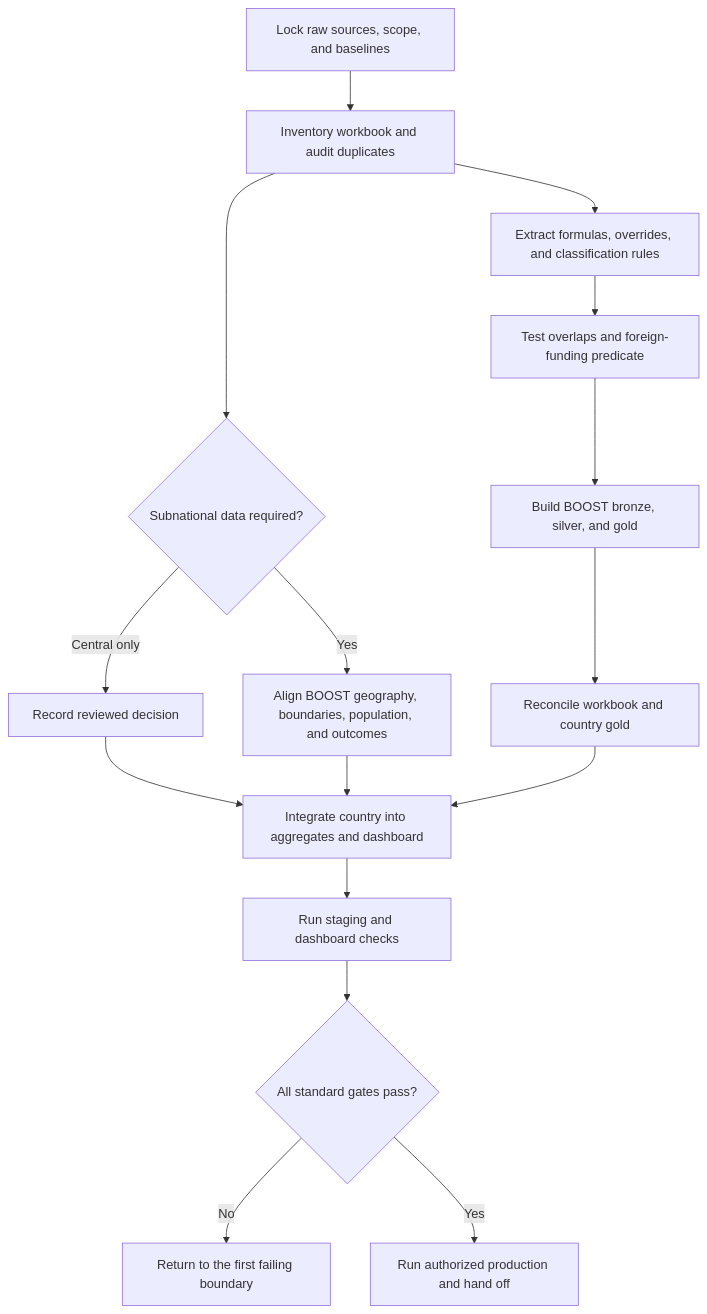
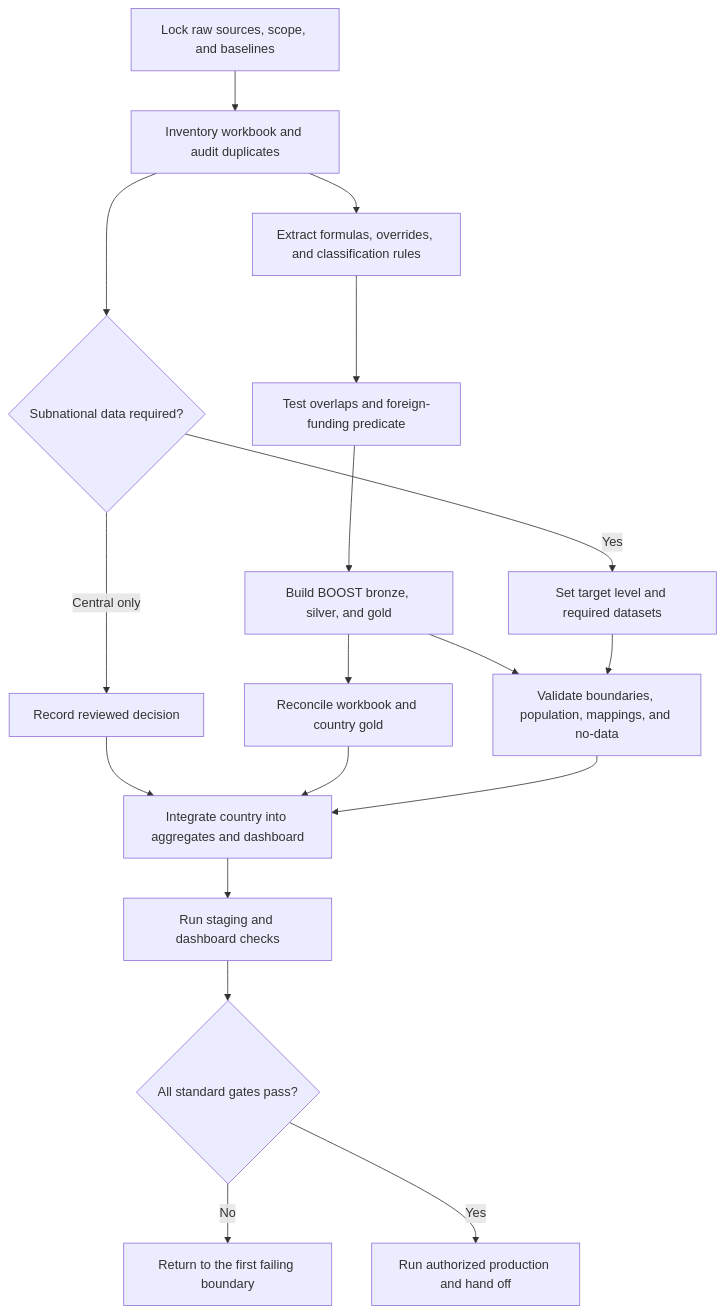
The diagram in skills/mega-country-onboarding/references/workflow.md (leviycool/mega-country-onboarding-skills), drawn with Mermaid before and after one commit. The commit also changed other lines of this file and 16 other files, not shown here.

Commit message:
Add schema-v5 onboarding gates (#3)

````diff
--- a/skills/mega-country-onboarding/references/workflow.md
+++ b/skills/mega-country-onboarding/references/workflow.md
@@ -5,18 +5,20 @@
 ```mermaid
 flowchart TD
     A["Lock raw sources, scope, and baselines"] --> B["Inventory workbook and audit duplicates"]
-    B --> C["Extract formulas, overrides, and classification rules"]
-    B --> D{"Subnational data required?"}
-    C --> E["Test overlaps and foreign-funding predicate"]
+    B --> C{"Subnational data required?"}
+    B --> D["Extract formulas, overrides, and classification rules"]
+    D --> E["Test overlaps and foreign-funding predicate"]
     E --> F["Build BOOST bronze, silver, and gold"]
-    D -->|"Central only"| G["Record reviewed decision"]
-    D -->|"Yes"| H["Align BOOST geography, boundaries, population, and outcomes"]
+    C -->|"Central only"| G["Record reviewed decision"]
+    C -->|"Yes"| H["Set target level and required datasets"]
     F --> I["Reconcile workbook and country gold"]
-    G --> J["Integrate country into aggregates and dashboard"]
+    F --> J["Validate boundaries, population, mappings, and no-data"]
     H --> J
-    I --> J
-    J --> K["Run staging and dashboard checks"]
-    K --> L{"All standard gates pass?"}
-    L -->|"No"| M["Return to the first failing boundary"]
-    L -->|"Yes"| N["Run authorized production and hand off"]
+    G --> K["Integrate country into aggregates and dashboard"]
+    I --> K
+    J --> K
+    K --> L["Run staging and dashboard checks"]
+    L --> M{"All standard gates pass?"}
+    M -->|"No"| N["Return to the first failing boundary"]
+    M -->|"Yes"| O["Run authorized production and hand off"]
 ```
````
